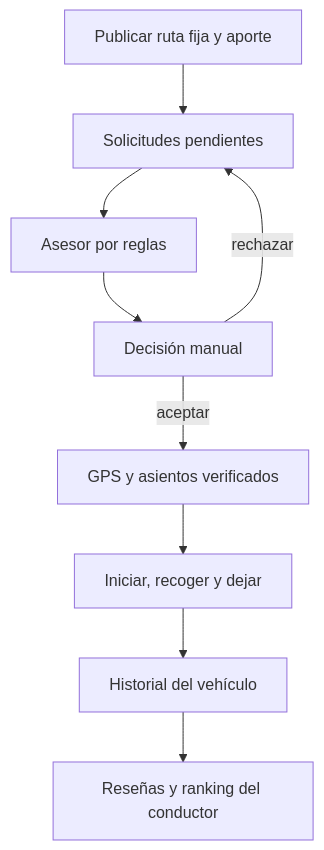
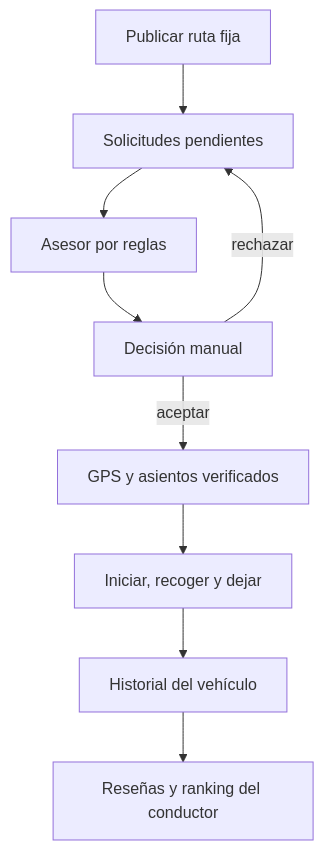
The diagram in docs/ARQUITECTURA_CONDUCTOR.md (Fiorella13555/vamo-carpool), drawn with Mermaid before and after one commit. The commit also changed other lines of this file and 10 other files, not shown here.

````diff
--- a/docs/ARQUITECTURA_CONDUCTOR.md
+++ b/docs/ARQUITECTURA_CONDUCTOR.md
@@ -15,11 +15,11 @@
 ```mermaid
 flowchart TD
-    P["Publicar ruta fija y aporte"] --> Q["Solicitudes pendientes"]
+    P["Publicar ruta fija"] --> Q["Solicitudes pendientes"]
     Q --> R["Asesor por reglas"]
     R --> A["Decisión manual"]
     A -->|"aceptar"| G["GPS y asientos verificados"]
     A -->|"rechazar"| Q
     G --> V["Iniciar, recoger y dejar"]
     V --> H["Historial del vehículo"]
     H --> K["Reseñas y ranking del conductor"]
 ```
````
